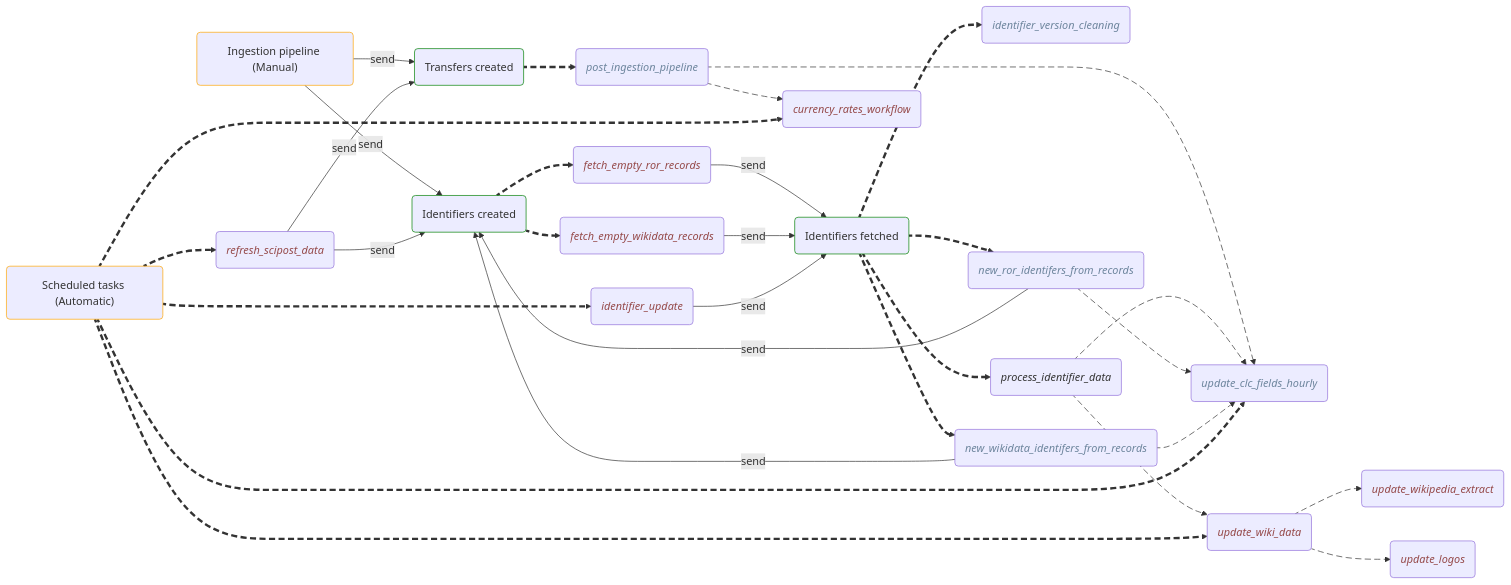
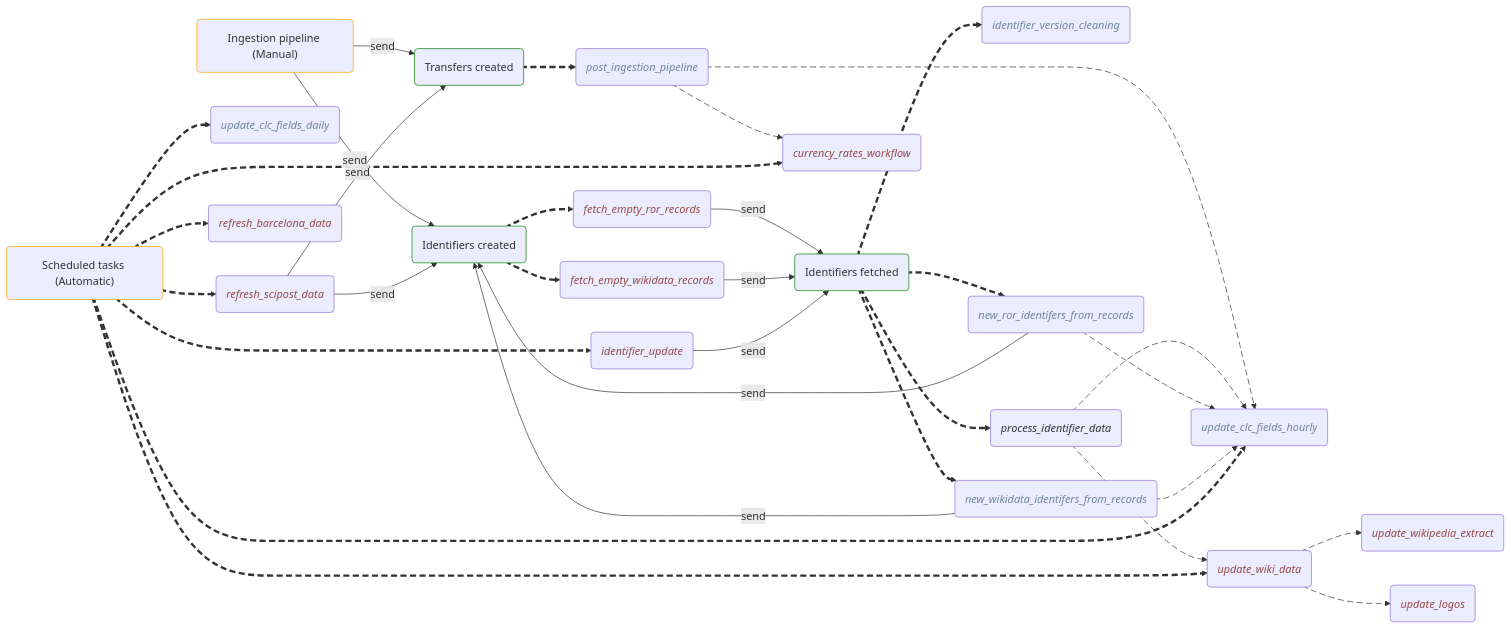
Before and after one commit to tsosi-org/tsosi-app: the fourth of 4 diagrams in backend/tsosi/data/README.md, drawn with Mermaid. The commit also changed other lines of this file and 8 other files, not shown here.

````diff
--- a/backend/tsosi/data/README.md
+++ b/backend/tsosi/data/README.md
@@ -251,6 +252,7 @@
 
     Ta("post_ingestion_pipeline")
     Tb("update_clc_fields_hourly")
+    Tb2("update_clc_fields_daily")
     Tc("currency_rates_workflow")
 
     Td("fetch_empty_ror_records")
@@ -267,6 +269,7 @@
     Tl("new_wikidata_identifers_from_records")
 
     Tu1("refresh_scipost_data")
+    Tu2("refresh_barcelona_data")
 
 
     Tz("identifier_update")
@@ -310,6 +313,8 @@
     TRIGGER_2 a10@==> Th
     TRIGGER_2 a11@==> Tz
     TRIGGER_2 a20@==> Tu1
+    TRIGGER_2 a21@==> Tb2
+    TRIGGER_2 a22@==> Tu2
 
     Tu1 -- send --> A
     Tu1 -- send --> B
@@ -322,16 +327,16 @@
     class TRIGGER_1,TRIGGER_2 scheduled
 
     classDef task font\-style:italic;
-    class Ta,Tb,Tc,Td,Te,Tf,Tg,Th,Ti,Tj,Tk,Tl,Tm,Tn,To,Tp,Tq,Tr,Ts,Tt,Tu,Tv,Tw,Tx,Ty,Tz,Tu1 task;
+    class Ta,Tb,Tb2,Tc,Td,Te,Tf,Tg,Th,Ti,Tj,Tk,Tl,Tz,Tu1,Tu2 task;
 
     classDef databaseTask color:#6d859d;
-    class Ta,Tb,Tf,Tk,Tl databaseTask;
+    class Ta,Tb,Tb2,Tf,Tk,Tl databaseTask;
 
 
     classDef apiTask color:#954949;
-    class Tc,Td,Te,Th,Ti,Tj,Tz,Tu1 apiTask;
+    class Tc,Td,Te,Th,Ti,Tj,Tz,Tu1,Tu2 apiTask;
 
 
     classDef animate stroke-dasharray: 9\,5,stroke-dashoffset: 900,animation: dash 25s linear infinite;
-    class a1,a2,a3,a4,a5,a6,a7,a8,a9,a10,a11,a12,a13,a14,a15,a16,a17,a18,a19,a20 animate;
+    class a1,a2,a3,a4,a5,a6,a7,a8,a9,a10,a11,a12,a13,a14,a15,a16,a17,a18,a19,a20,a21,a22 animate;
 ```
````
